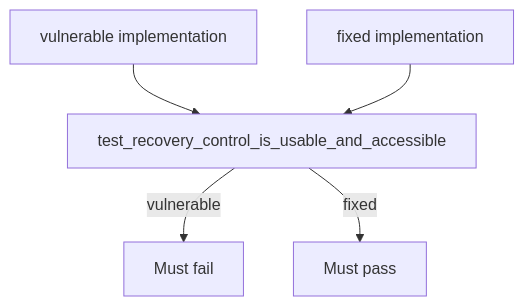
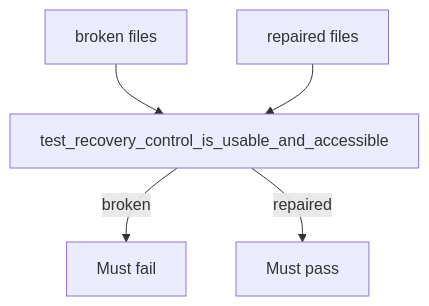
The diagram in content/modules/1/1.4/lessons/05-verify.md (ishitvagoel/LearnSecurity), drawn with Mermaid before and after one commit. The commit also changed other lines of this file and 44 other files, not shown here.

````diff
--- a/content/modules/1/1.4/lessons/05-verify.md
+++ b/content/modules/1/1.4/lessons/05-verify.md
@@ -16,7 +14,7 @@
 ```mermaid
 flowchart TD
-  V[vulnerable implementation] --> T[test_recovery_control_is_usable_and_accessible]
-  F[fixed implementation] --> T
-  T -->|vulnerable| Fail[Must fail]
-  T -->|fixed| Pass[Must pass]
+  V[broken files] --> T[test_recovery_control_is_usable_and_accessible]
+  F[repaired files] --> T
+  T -->|broken| Fail[Must fail]
+  T -->|repaired| Pass[Must pass]
 ```
````
